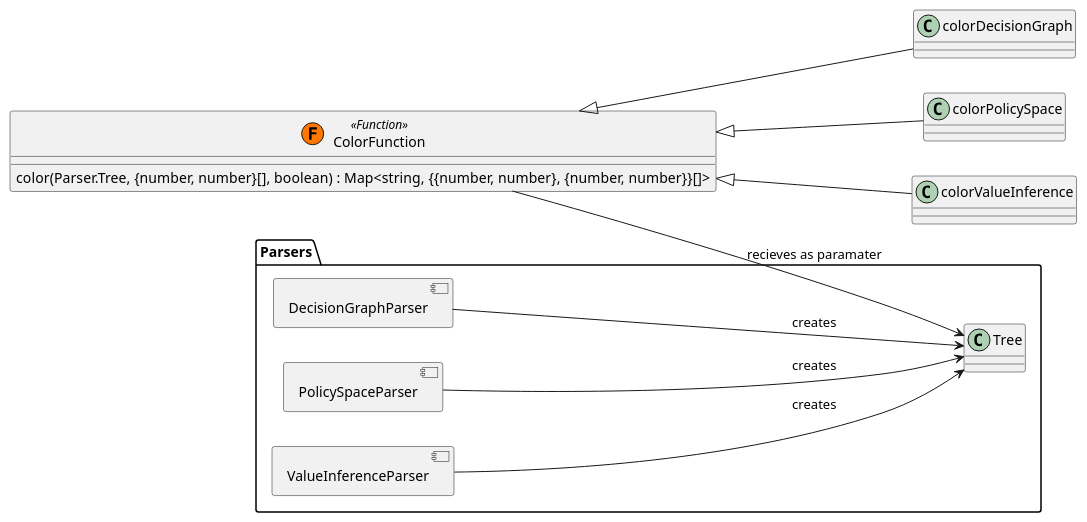
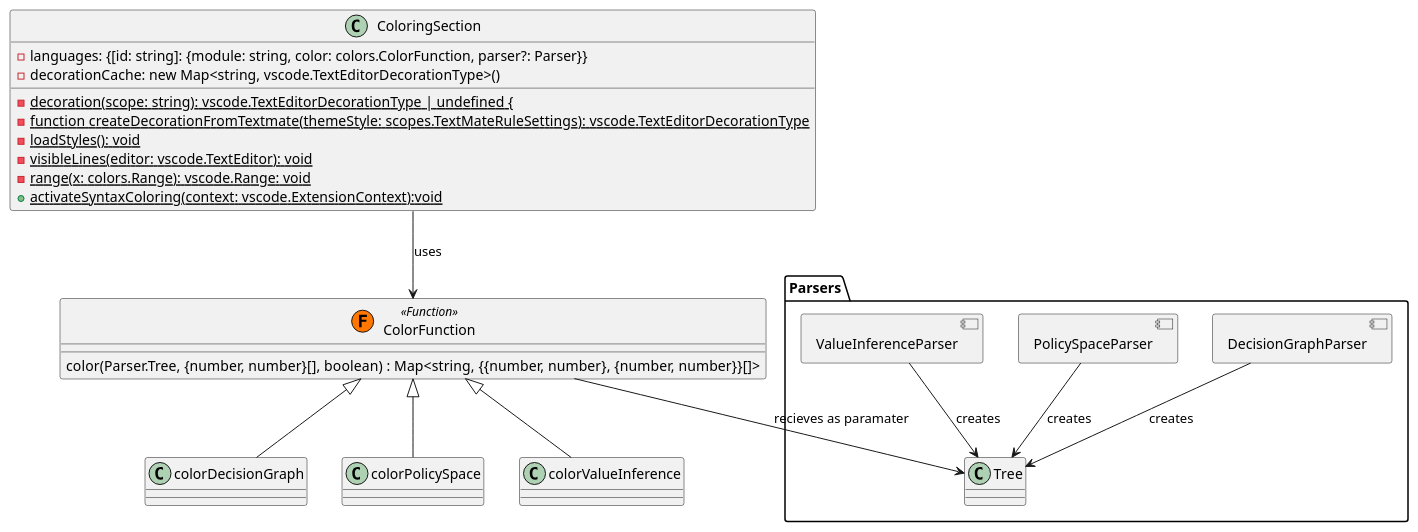
The diagram in diagrams/client/ClientColorDiagram.puml (wolfj123/PolicyModelsPlugin), drawn with PlantUML before and after one commit. The commit also changed 1 other file, not shown here.

Commit message:
updated color section in diagrams

```diff
--- a/diagrams/client/ClientColorDiagram.puml
+++ b/diagrams/client/ClientColorDiagram.puml
@@ -1,33 +1,50 @@
 @startuml
 
-left to right direction
+
+class ColoringSection {
+    - languages: {[id: string]: {module: string, color: colors.ColorFunction, parser?: Parser}}
+    {field}- decorationCache: new Map<string, vscode.TextEditorDecorationType>()
+
+    -{static} decoration(scope: string): vscode.TextEditorDecorationType | undefined {
+    -{static} function createDecorationFromTextmate(themeStyle: scopes.TextMateRuleSettings): vscode.TextEditorDecorationType
+    -{static} loadStyles(): void
+    -{static} visibleLines(editor: vscode.TextEditor): void
+    -{static}  range(x: colors.Range): vscode.Range: void
+    +{static} activateSyntaxColoring(context: vscode.ExtensionContext):void 
+}
+
+
+
+' Color description
 allowmixing
 
 package Parsers {
     component DecisionGraphParser
     component PolicySpaceParser
     component ValueInferenceParser
     class Tree
 
 	DecisionGraphParser --> Tree : "creates"
 	PolicySpaceParser --> Tree : "creates"
 	ValueInferenceParser --> Tree : "creates"
 }
 
 class ColorFunction << (F,#FF7700) Function>>{
 	color(Parser.Tree, {number, number}[], boolean) : Map<string, {{number, number}, {number, number}}[]>
 }
 
 
 class colorDecisionGraph extends ColorFunction {	
 }
 
 class colorPolicySpace extends ColorFunction {	
 }
 
 class colorValueInference extends ColorFunction {	
 }
 
 ColorFunction --> Tree : recieves as paramater
+ColoringSection --> ColorFunction : uses
+
 
 @enduml
```
